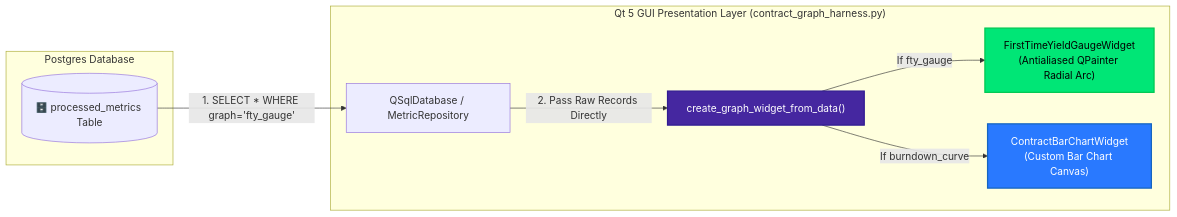
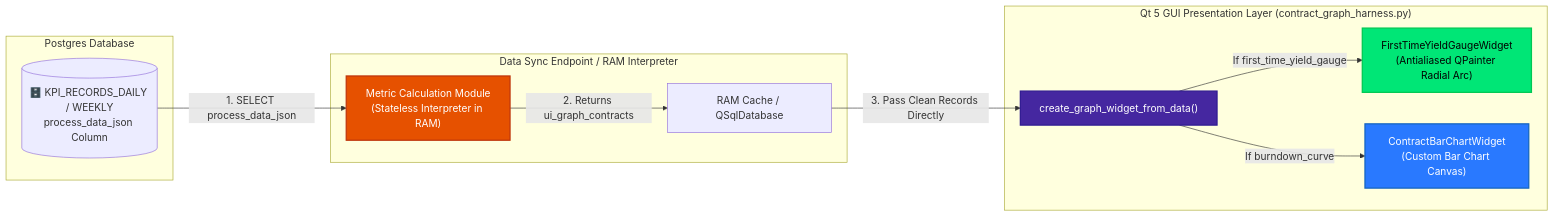
Before and after one commit to Caserefro/Dashboard-Testing: the third of 3 diagrams in ARCHITECTURE_AND_CI_PIPELINE.md, drawn with Mermaid. The commit also changed other lines of this file and 7 other files, not shown here.

````diff
--- a/ARCHITECTURE_AND_CI_PIPELINE.md
+++ b/ARCHITECTURE_AND_CI_PIPELINE.md
@@ -93,18 +218,23 @@
 ```mermaid
 flowchart LR
     subgraph DB_Layer ["Postgres Database"]
-        DB[(🗄️ processed_metrics Table)]
+        DB[(🗄️ KPI_RECORDS_DAILY / WEEKLY<br>process_data_json Column)]
+    end
+
+    subgraph Server_Sync ["Data Sync Endpoint / RAM Interpreter"]
+        DB -->|1. SELECT process_data_json| Interp["Metric Calculation Module<br>(Stateless Interpreter in RAM)"]
+        Interp -->|2. Returns ui_graph_contracts| Sync["RAM Cache / QSqlDatabase"]
     end
 
     subgraph Qt_Presentation ["Qt 5 GUI Presentation Layer (contract_graph_harness.py)"]
-        DB -->|1. SELECT * WHERE graph='fty_gauge'| Query["QSqlDatabase / MetricRepository"]
-        Query -->|2. Pass Raw Records Directly| Factory["create_graph_widget_from_data()"]
+        Sync -->|3. Pass Clean Records Directly| Factory["create_graph_widget_from_data()"]
         
-        Factory -->|If fty_gauge| W1["FirstTimeYieldGaugeWidget<br>(Antialiased QPainter Radial Arc)"]
+        Factory -->|If first_time_yield_gauge| W1["FirstTimeYieldGaugeWidget<br>(Antialiased QPainter Radial Arc)"]
         Factory -->|If burndown_curve| W2["ContractBarChartWidget<br>(Custom Bar Chart Canvas)"]
     end
 
     style Factory fill:#4527a0,color:#fff,stroke:#311b92,stroke-width:2px
+    style Interp fill:#e65100,color:#fff,stroke:#bf360c,stroke-width:2px
     style W1 fill:#00e676,color:#000,stroke:#00c853,stroke-width:2px
     style W2 fill:#2979ff,color:#fff,stroke:#1565c0,stroke-width:2px
 ```
````
